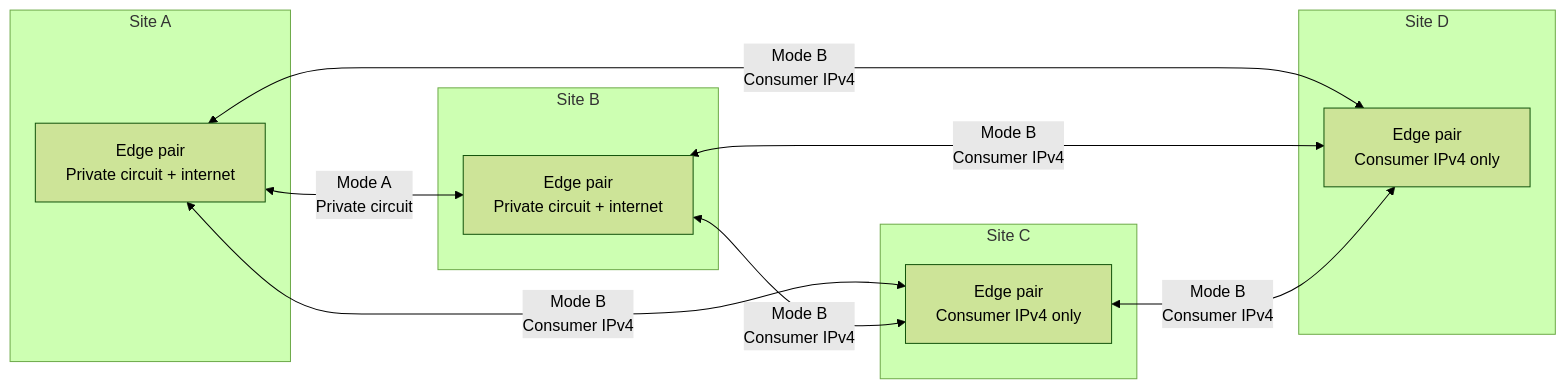
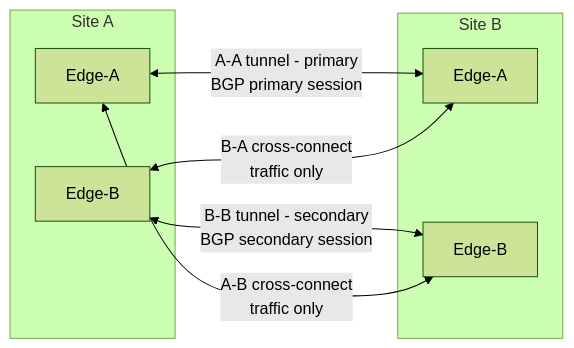
One commit to pancakesaregood/distributed-dc changed the third of 5 diagrams in network-spanned-dc/docs/03_diagrams/wan_transport.mmd.md. Above: the diagram before and after it, drawn with Mermaid (forest theme). The commit also changed other lines of this file and 3 other files, not shown here.

````diff
--- a/network-spanned-dc/docs/03_diagrams/wan_transport.mmd.md
+++ b/network-spanned-dc/docs/03_diagrams/wan_transport.mmd.md
@@ -65,26 +65,18 @@
 ```mermaid
 graph LR
 
   subgraph SA[Site A]
-    EAA["Edge pair<br/>Private circuit + internet"]
+    SAA["Edge-A"]
+    SAB["Edge-B"]
   end
 
   subgraph SB[Site B]
-    EBB["Edge pair<br/>Private circuit + internet"]
+    SBA["Edge-A"]
+    SBB["Edge-B"]
   end
 
-  subgraph SC[Site C]
-    ECC["Edge pair<br/>Consumer IPv4 only"]
-  end
-
-  subgraph SD[Site D]
-    EDD["Edge pair<br/>Consumer IPv4 only"]
-  end
-
-  EAA <-->|"Mode A<br/>Private circuit"| EBB
-  EAA <-->|"Mode B<br/>Consumer IPv4"| ECC
-  EAA <-->|"Mode B<br/>Consumer IPv4"| EDD
-  EBB <-->|"Mode B<br/>Consumer IPv4"| ECC
-  EBB <-->|"Mode B<br/>Consumer IPv4"| EDD
-  ECC <-->|"Mode B<br/>Consumer IPv4"| EDD
+  SAA <-->|"A-A tunnel - primary<br/>BGP primary session"| SBA
+  SAB <-->|"B-B tunnel - secondary<br/>BGP secondary session"| SBB
+  SAA <-->|"A-B cross-connect<br/>traffic only"| SBB
+  SAB <-->|"B-A cross-connect<br/>traffic only"| SBA
 ```
````
